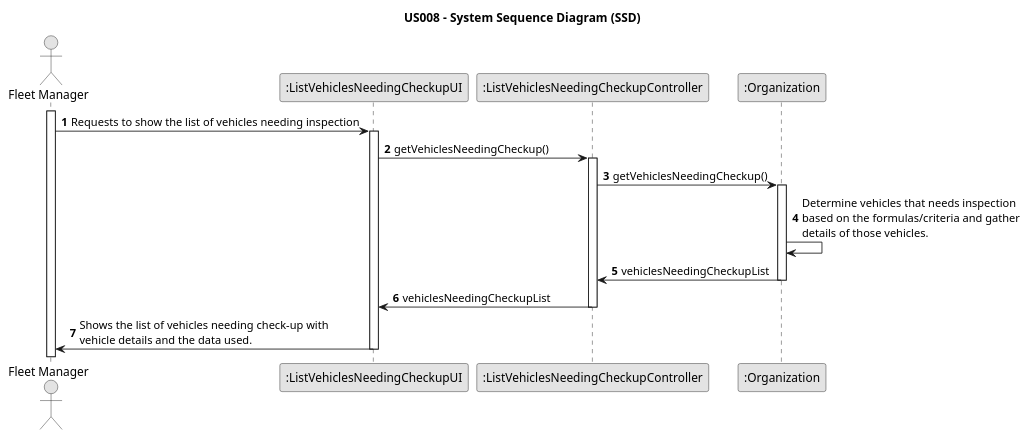
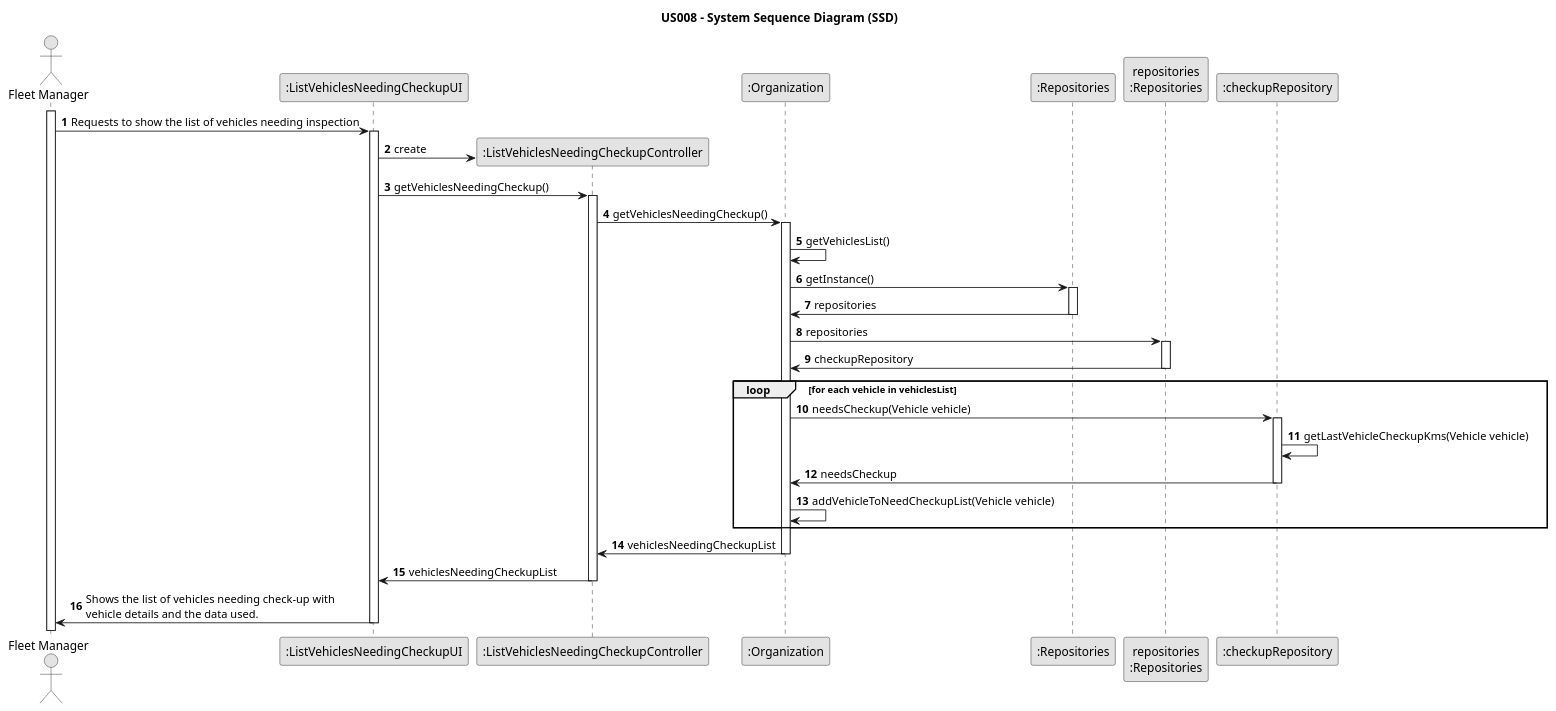
Before and after one commit to Rui-San/LAPR2_2023_2024: the diagram in docs/sprintB/us008/03.design/puml/us008-sequence-diagram.puml, drawn with PlantUML. The commit also changed 14 other files, not shown here.

Commit message:
US08: Major fixes to US008, added repository for Checkup

```diff
--- a/docs/sprintB/us008/03.design/puml/us008-sequence-diagram.puml
+++ b/docs/sprintB/us008/03.design/puml/us008-sequence-diagram.puml
@@ -1,35 +1,59 @@
 @startuml
 skinparam monochrome true
 skinparam packageStyle rectangle
 skinparam shadowing false
 
 title US008 - System Sequence Diagram (SSD)
 
 autonumber
 
 actor "Fleet Manager" as Employee
 participant ":ListVehiclesNeedingCheckupUI" as UI
 participant ":ListVehiclesNeedingCheckupController" as CTRL
 participant ":Organization" as ORG
+participant ":Repositories" as Repos
+participant "repositories\n:Repositories" as PLAT
+participant ":checkupRepository" as CheckupRepo
 
 activate Employee
 
     Employee -> UI : Requests to show the list of vehicles needing inspection
     activate UI
 
+        UI -> CTRL** : create
         UI -> CTRL : getVehiclesNeedingCheckup()
         activate CTRL
 
             CTRL-> ORG : getVehiclesNeedingCheckup()
             activate ORG
-                ORG -> ORG : Determine vehicles that needs inspection \nbased on the formulas/criteria and gather \ndetails of those vehicles.
+
+                ORG -> ORG : getVehiclesList()
+                ORG -> Repos : getInstance()
+                activate Repos
+
+                    Repos -> ORG : repositories
+                deactivate Repos
+                ORG -> PLAT : repositories
+                activate PLAT
+
+                    PLAT -> ORG : checkupRepository
+                deactivate PLAT
+                loop for each vehicle in vehiclesList
+                    ORG -> CheckupRepo : needsCheckup(Vehicle vehicle)
+                    activate CheckupRepo
+
+                        CheckupRepo -> CheckupRepo : getLastVehicleCheckupKms(Vehicle vehicle)
+                    CheckupRepo -> ORG : needsCheckup
+                    deactivate CheckupRepo
+                    ORG -> ORG : addVehicleToNeedCheckupList(Vehicle vehicle)
+                end loop
                 ORG -> CTRL : vehiclesNeedingCheckupList
             deactivate ORG
             CTRL -> UI : vehiclesNeedingCheckupList
         deactivate CTRL
 
         UI -> Employee : Shows the list of vehicles needing check-up with \nvehicle details and the data used.
 
     deactivate UI
 
 @enduml
```
